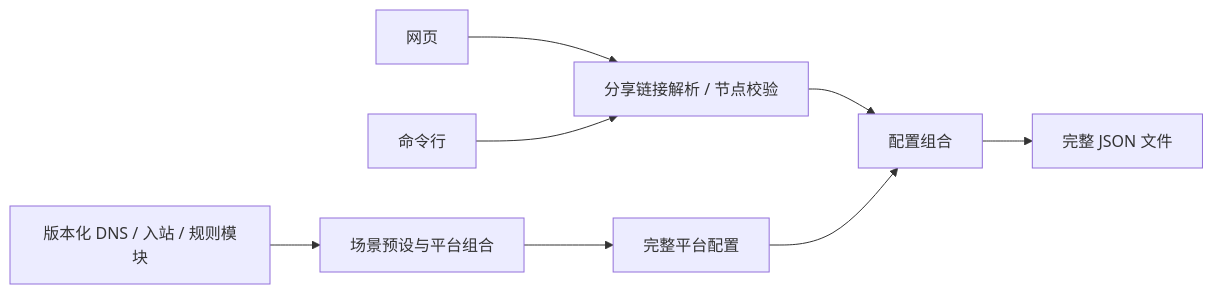
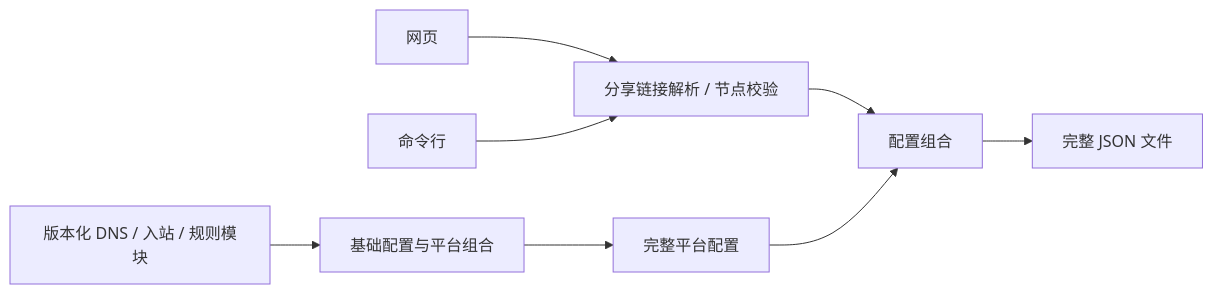
One commit to qixuancao/sing-box-config-templates changed the diagram in docs/architecture.md. Above: the diagram before and after it, drawn with Mermaid. The commit also changed other lines of this file and 126 other files, not shown here.

````diff
--- a/docs/architecture.md
+++ b/docs/architecture.md
@@ -6,10 +6,10 @@
 ```mermaid
 flowchart LR
   Web[网页] --> Parse[分享链接解析 / 节点校验]
   CLI[命令行] --> Parse
   Parse --> Render[配置组合]
-  Modules[版本化 DNS / 入站 / 规则模块] --> Build[场景预设与平台组合]
+   Modules[版本化 DNS / 入站 / 规则模块] --> Build[基础配置与平台组合]
   Build --> Templates[完整平台配置]
   Templates --> Render
   Render --> JSON[完整 JSON 文件]
 ```
````
